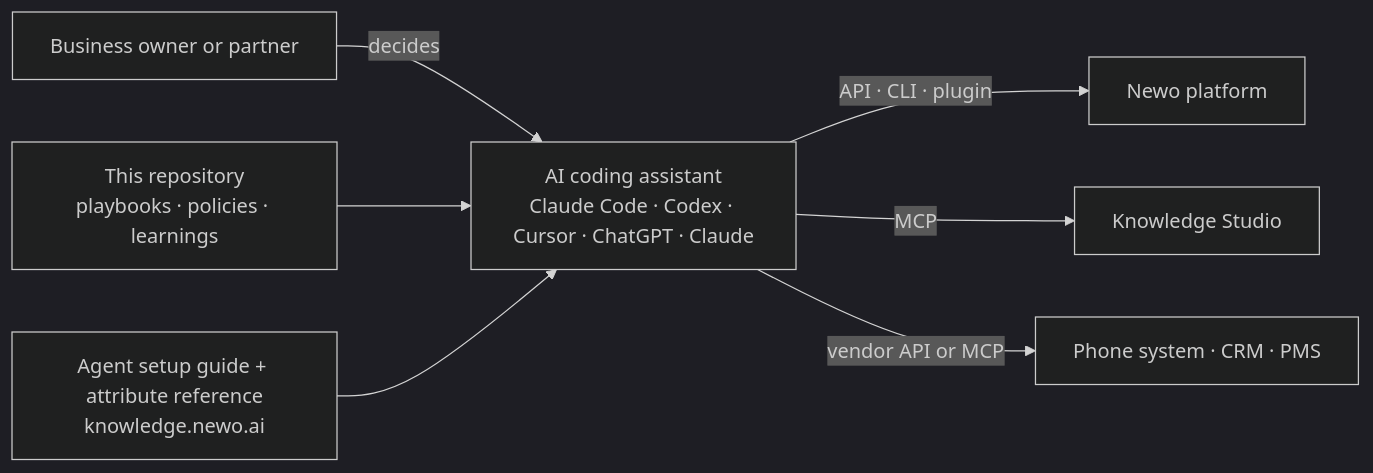
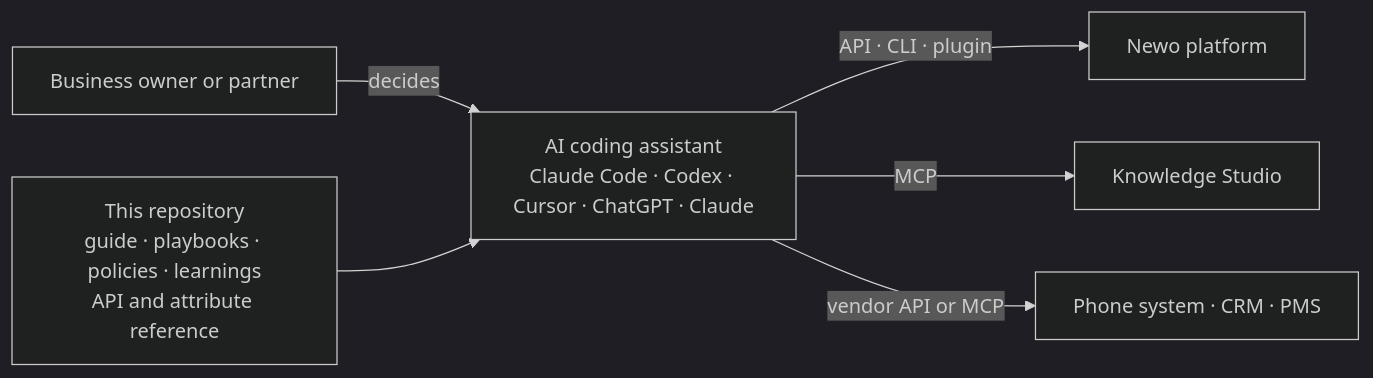
The third of 4 diagrams in docs/00-how-the-ecosystem-works.md (newo-ai/agent-development-kit), drawn with Mermaid (dark theme) before and after one commit. The commit also changed 59 other files, not shown here.

First line of the commit message:
docs: move the agent setup guide, playbooks, API and attribute reference into the repository (#16)

````diff
--- a/docs/00-how-the-ecosystem-works.md
+++ b/docs/00-how-the-ecosystem-works.md
@@ -51,9 +51,8 @@
 ```mermaid
 flowchart LR
     O[Business owner or partner] -- decides --> AI[AI coding assistant<br/>Claude Code · Codex · Cursor · ChatGPT · Claude]
-    ADK[This repository<br/>playbooks · policies · learnings] --> AI
-    G[Agent setup guide + attribute reference<br/>knowledge.newo.ai] --> AI
+    ADK[This repository<br/>guide · playbooks · policies · learnings<br/>API and attribute reference] --> AI
     AI -- API · CLI · plugin --> NP[Newo platform]
     AI -- MCP --> KS[Knowledge Studio]
     AI -- vendor API or MCP --> EXT[Phone system · CRM · PMS]
 ```
````
